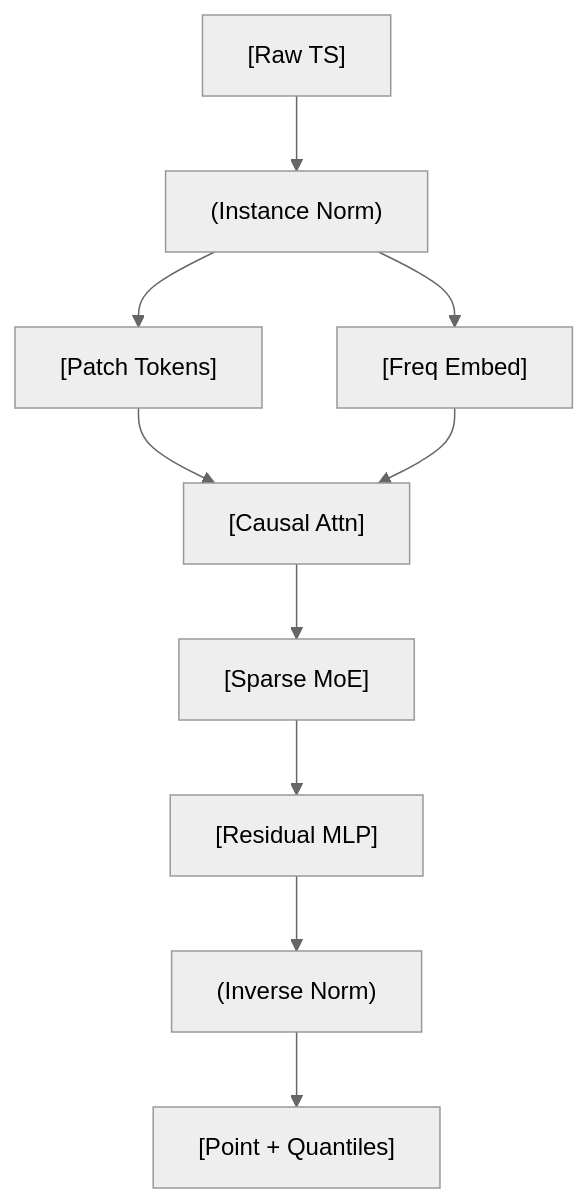
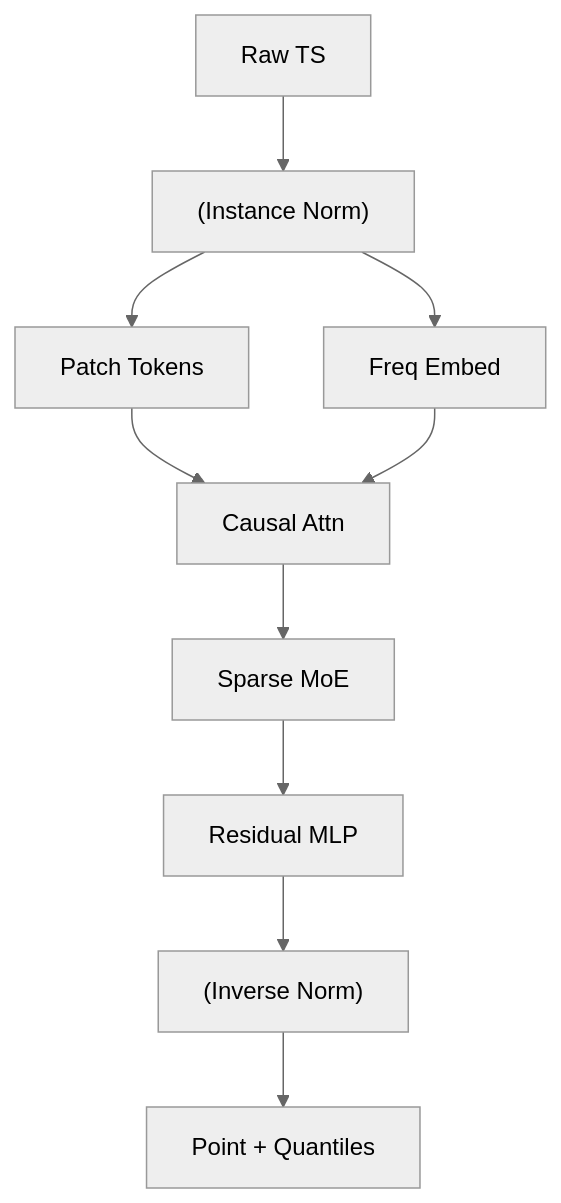
Before and after one commit to sou350121/Trading-Handbook: the diagram in foundations/time-series-forecasting/fincast.md, drawn with Mermaid (neutral theme). The commit also changed 191 other files, not shown here.

First line of the commit message:
render: fix math + mermaid for GitHub across the corpus (188 pages)

````diff
--- a/foundations/time-series-forecasting/fincast.md
+++ b/foundations/time-series-forecasting/fincast.md
@@ -31,12 +31,12 @@
 ```mermaid
 flowchart TD
-    A["[Raw TS]"] --> B["(Instance Norm)"]
-    B --> C["[Patch Tokens]"]
-    B --> D["[Freq Embed]"]
-    C --> E["[Causal Attn]"]
+    A["Raw TS"] --> B["(Instance Norm)"]
+    B --> C["Patch Tokens"]
+    B --> D["Freq Embed"]
+    C --> E["Causal Attn"]
     D --> E
-    E --> F["[Sparse MoE]"]
-    F --> G["[Residual MLP]"]
+    E --> F["Sparse MoE"]
+    F --> G["Residual MLP"]
     G --> H["(Inverse Norm)"]
-    H --> I["[Point + Quantiles]"]
+    H --> I["Point + Quantiles"]
 ```
````
